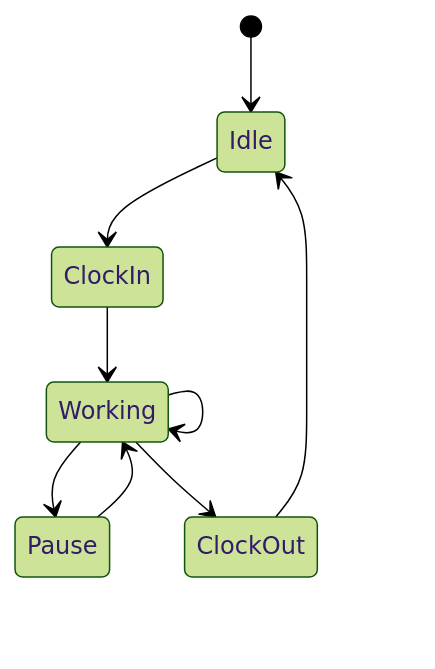
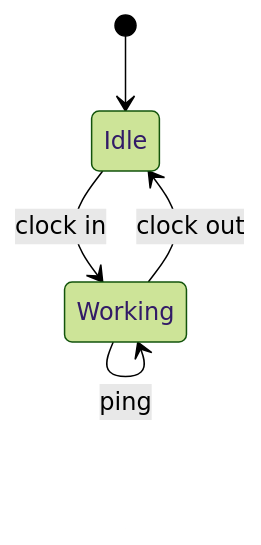
One commit to Shikhyy/Pulse changed the second of 2 diagrams in README.md. Above: the diagram before and after it, drawn with Mermaid (forest theme). The commit also changed other lines of this file, not shown here.

Commit message:
Fix README: simplest Mermaid diagrams

````diff
--- a/README.md
+++ b/README.md
@@ -84,11 +63,7 @@
 ```mermaid
 stateDiagram-v2
     [*] --> Idle
-    Idle --> ClockIn
-    ClockIn --> Working
-    Working --> Working
-    Working --> Pause
-    Pause --> Working
-    Working --> ClockOut
-    ClockOut --> Idle
+    Idle --> Working: clock in
+    Working --> Working: ping
+    Working --> Idle: clock out
 ```
````
